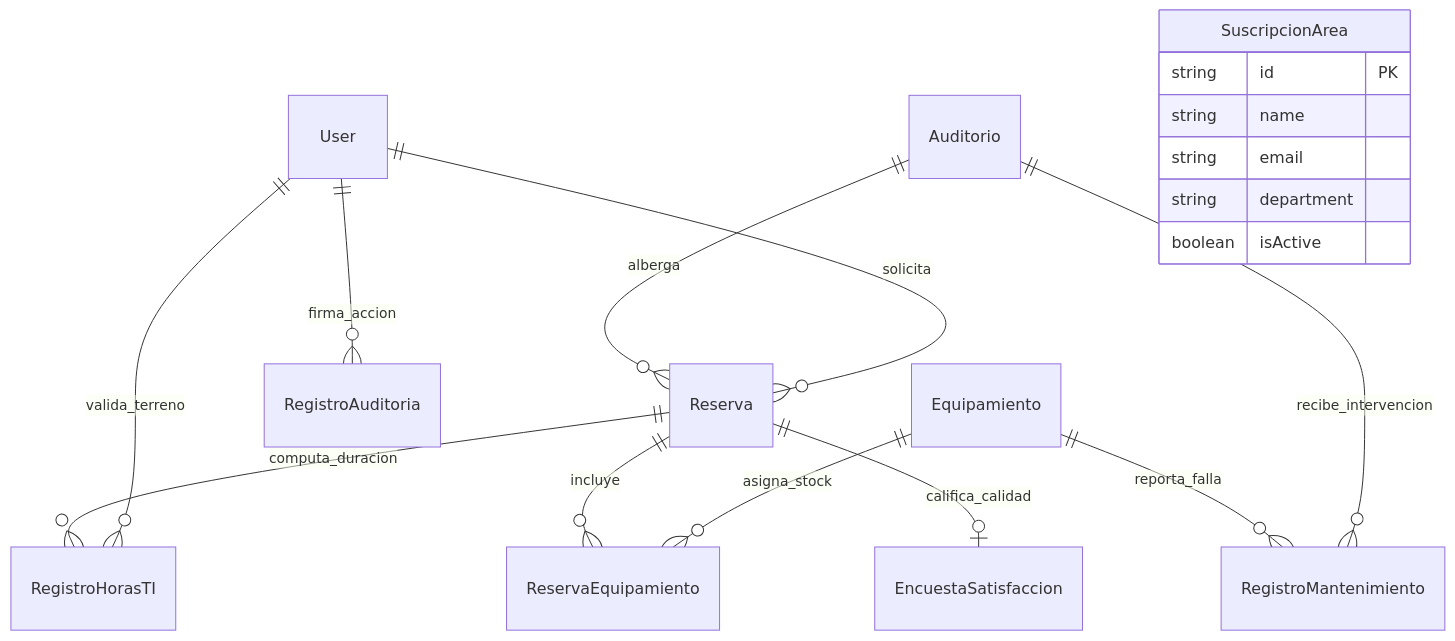
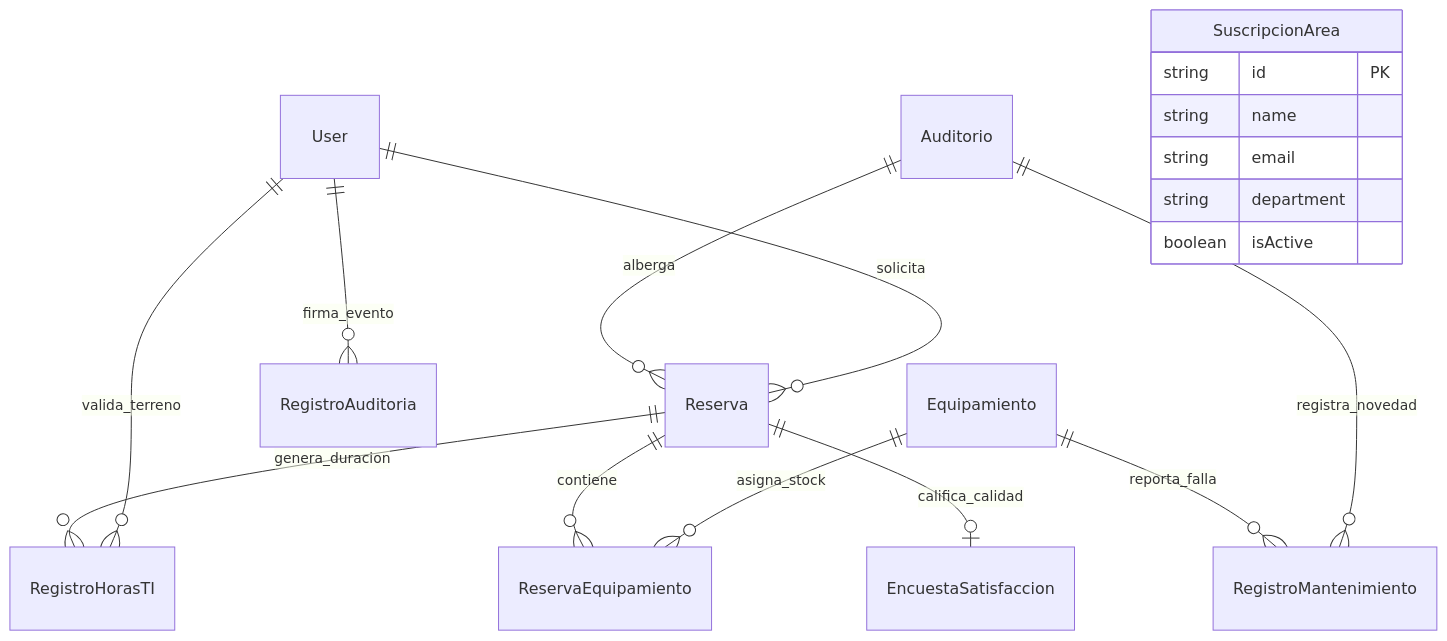
The second of 2 diagrams in Fase 2/Evidencias Grupales/informe_fase_2_desarrollo_software.md (IMANDOI/sistema-gestion-auditorios-capstone), drawn with Mermaid before and after one commit. The commit also changed other lines of this file, not shown here.

````diff
--- a/Fase 2/Evidencias Grupales/informe_fase_2_desarrollo_software.md
+++ b/Fase 2/Evidencias Grupales/informe_fase_2_desarrollo_software.md
@@ -114,20 +160,20 @@
 ```mermaid
 erDiagram
     User ||--o{ Reserva : "solicita"
     User ||--o{ RegistroHorasTI : "valida_terreno"
-    User ||--o{ RegistroAuditoria : "firma_accion"
+    User ||--o{ RegistroAuditoria : "firma_evento"
     Auditorio ||--o{ Reserva : "alberga"
-    Auditorio ||--o{ RegistroMantenimiento : "recibe_intervencion"
+    Auditorio ||--o{ RegistroMantenimiento : "registra_novedad"
     Equipamiento ||--o{ ReservaEquipamiento : "asigna_stock"
     Equipamiento ||--o{ RegistroMantenimiento : "reporta_falla"
-    Reserva ||--o{ ReservaEquipamiento : "incluye"
-    Reserva ||--o{ RegistroHorasTI : "computa_duracion"
+    Reserva ||--o{ ReservaEquipamiento : "contiene"
+    Reserva ||--o{ RegistroHorasTI : "genera_duracion"
     Reserva ||--o| EncuestaSatisfaccion : "califica_calidad"
     SuscripcionArea {
         string id PK
         string name
         string email
         string department
         boolean isActive
     }
 ```
````
